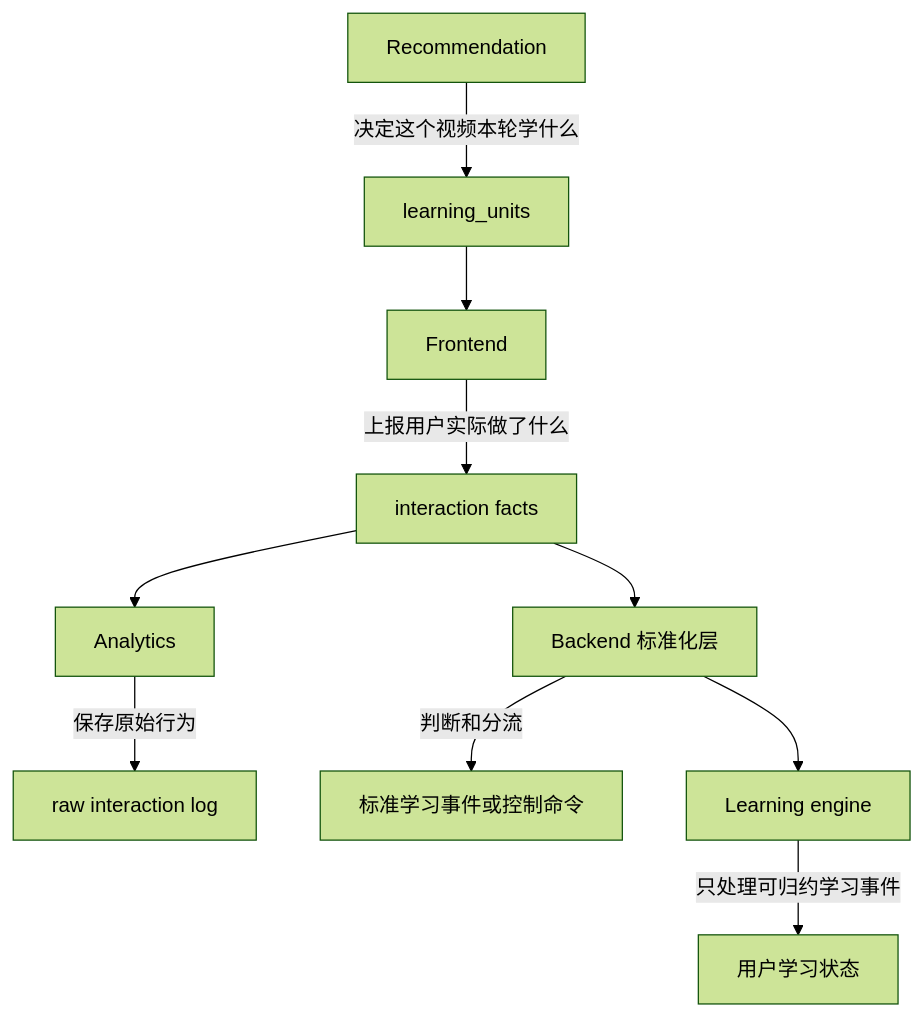
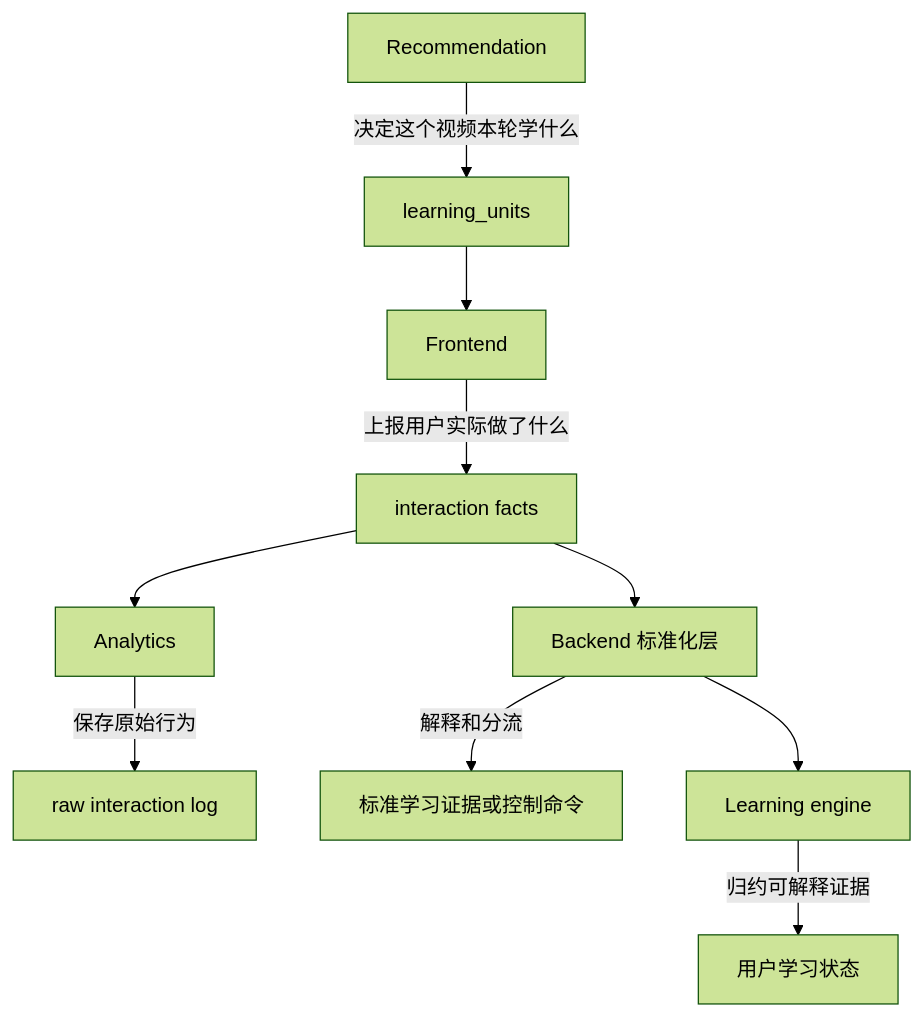
One commit to bionicotaku/learning-video-recommendation-system changed the third of 13 diagrams in docs/学习互动信号语义设计.md. Above: the diagram before and after it, drawn with Mermaid (forest theme). The commit also changed other lines of this file and 5 other files, not shown here.

````diff
--- a/docs/学习互动信号语义设计.md
+++ b/docs/学习互动信号语义设计.md
@@ -90,13 +93,13 @@
 ```mermaid
 flowchart TD
     REC["Recommendation"] -->|决定这个视频本轮学什么| PLAN["learning_units"]
     FE["Frontend"] -->|上报用户实际做了什么| INT["interaction facts"]
     AN["Analytics"] -->|保存原始行为| RAW["raw interaction log"]
-    BE["Backend 标准化层"] -->|判断和分流| STD["标准学习事件或控制命令"]
-    LE["Learning engine"] -->|只处理可归约学习事件| STATE["用户学习状态"]
+    BE["Backend 标准化层"] -->|解释和分流| STD["标准学习证据或控制命令"]
+    LE["Learning engine"] -->|归约可解释证据| STATE["用户学习状态"]
 
     PLAN --> FE
     INT --> AN
     INT --> BE
     BE --> LE
 ```
````
